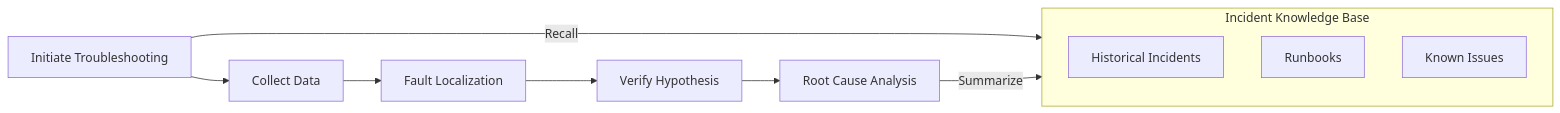
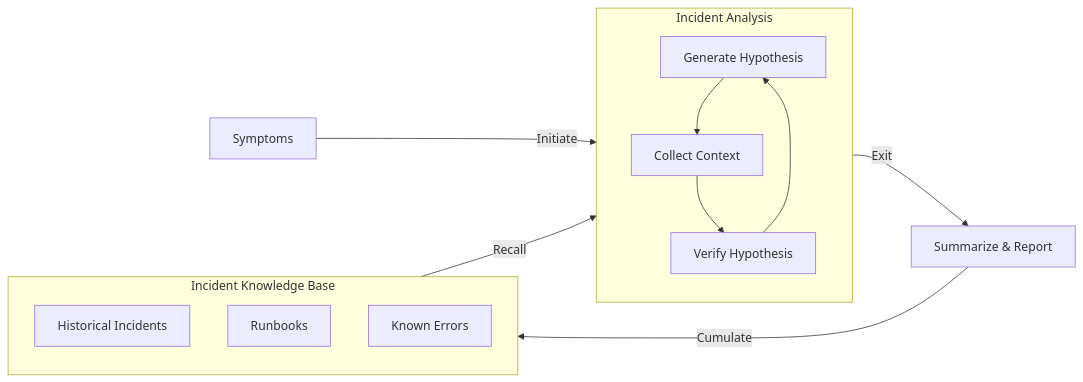
The first of 2 diagrams in content/blogs/2.effective-incident-investigation.md (OnlyWang-Code/castrel-landing), drawn with Mermaid before and after one commit. The commit also changed other lines of this file and 13 other files, not shown here.

````diff
--- a/content/blogs/2.effective-incident-investigation.md
+++ b/content/blogs/2.effective-incident-investigation.md
@@ -21,23 +21,31 @@
 ```mermaid
 flowchart LR
-    A[Initiate Troubleshooting]
-    B[Collect Data]
-    C[Fault Localization]
-    D[Verify Hypothesis]
-    E[Root Cause Analysis]
+    A[Symptoms]
+
+    F[Summarize & Report]
+
+    subgraph Y["Incident Analysis"]
+        B[Generate Hypothesis]
+        C[Collect Context]
+        D[Verify Hypothesis]
+
+        B --> C
+        C --> D
+        D --> B
+    end
 
     subgraph X["Incident Knowledge Base"]
         X1["Historical Incidents"]
         X2["Runbooks"]
-        X3["Known Issues"]
+        X3["Known Errors"]
     end
 
 
-    A --> B
-    B --> C
-    C --> D
-    D --> E
+    A --> | Initiate | Y
 
-    A --> | Recall | X
-    E --> | Summarize | X
+    Y --> | Exit | F
+
+    F --> | Cumulate | X
+
+    X --> | Recall | Y
 ```
````
